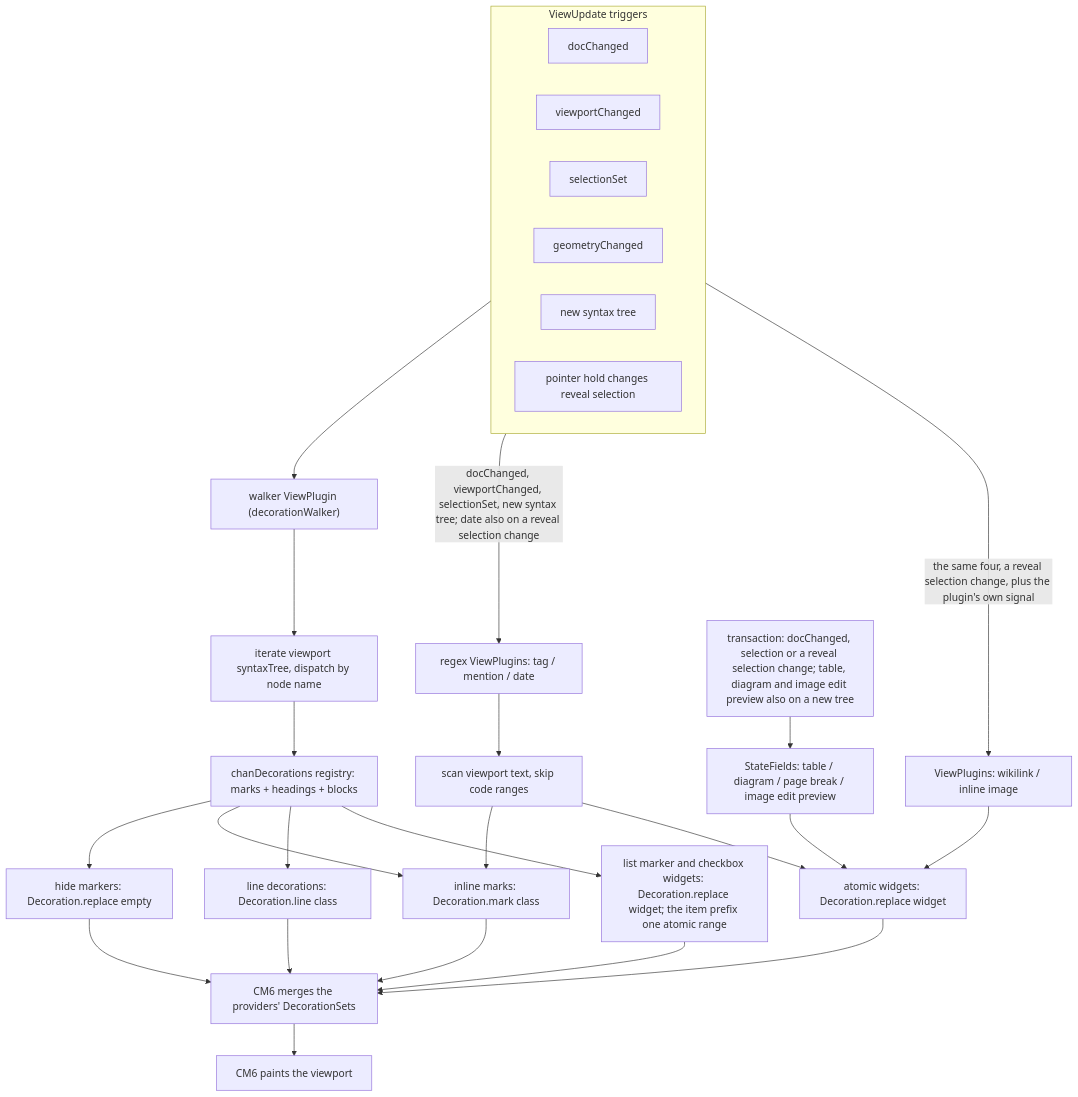
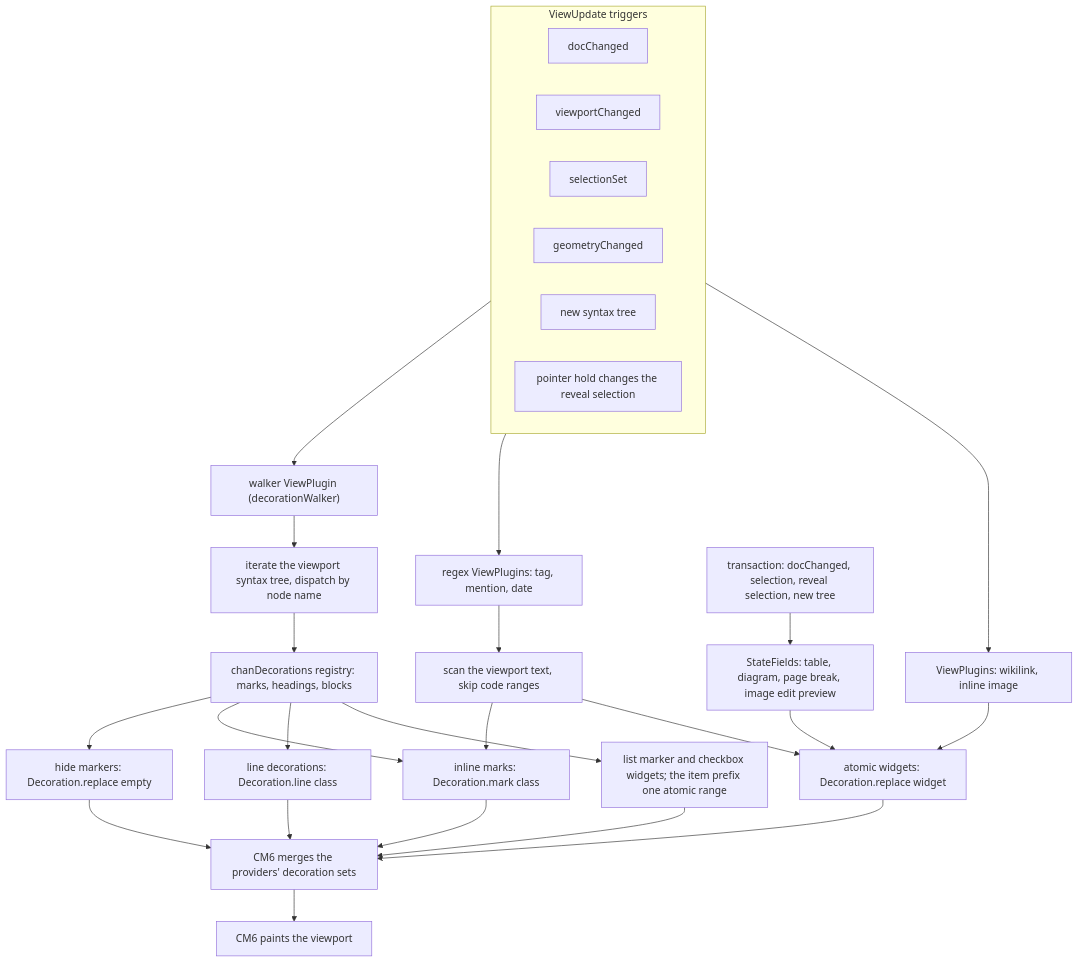
Before and after one commit to fiorix/chan: the first of 4 diagrams in web/packages/workspace-app/src/editor/design.md, drawn with Mermaid. The commit also changed other lines of this file and 17 other files, not shown here.

````diff
--- a/web/packages/workspace-app/src/editor/design.md
+++ b/web/packages/workspace-app/src/editor/design.md
@@ -54,33 +32,33 @@
 ```mermaid
 flowchart TD
   subgraph TRIG["ViewUpdate triggers"]
     direction LR
     T1["docChanged"]
     T2["viewportChanged"]
     T3["selectionSet"]
     T4["geometryChanged"]
     T5["new syntax tree"]
-    T6["pointer hold changes reveal selection"]
+    T6["pointer hold changes the reveal selection"]
   end
   TRIG --> Walker["walker ViewPlugin (decorationWalker)"]
-  Walker --> Iter["iterate viewport syntaxTree, dispatch by node name"]
-  Iter --> Reg["chanDecorations registry: marks + headings + blocks"]
+  Walker --> Iter["iterate the viewport syntax tree, dispatch by node name"]
+  Iter --> Reg["chanDecorations registry: marks, headings, blocks"]
   Reg --> K1["hide markers: Decoration.replace empty"]
   Reg --> K2["inline marks: Decoration.mark class"]
   Reg --> K3["line decorations: Decoration.line class"]
-  Reg --> K5["list marker and checkbox widgets: Decoration.replace widget; the item prefix one atomic range"]
-  TRIG -->|"docChanged, viewportChanged, selectionSet, new syntax tree; date also on a reveal selection change"| Regex["regex ViewPlugins: tag / mention / date"]
-  Regex --> Skip["scan viewport text, skip code ranges"]
+  Reg --> K5["list marker and checkbox widgets; the item prefix one atomic range"]
+  TRIG --> Regex["regex ViewPlugins: tag, mention, date"]
+  Regex --> Skip["scan the viewport text, skip code ranges"]
   Skip --> K2
   Skip --> K4["atomic widgets: Decoration.replace widget"]
-  TRIG -->|"the same four, a reveal selection change, plus the plugin's own signal"| Atoms["ViewPlugins: wikilink / inline image"]
+  TRIG --> Atoms["ViewPlugins: wikilink, inline image"]
   Atoms --> K4
-  TR["transaction: docChanged, selection or a reveal selection change; table, diagram and image edit preview also on a new tree"] --> Fields["StateFields: table / diagram / page break / image edit preview"]
+  TR["transaction: docChanged, selection, reveal selection, new tree"] --> Fields["StateFields: table, diagram, page break, image edit preview"]
   Fields --> K4
-  K1 --> Merge["CM6 merges the providers' DecorationSets"]
+  K1 --> Merge["CM6 merges the providers' decoration sets"]
   K2 --> Merge
   K3 --> Merge
   K4 --> Merge
   K5 --> Merge
   Merge --> Render["CM6 paints the viewport"]
 ```
````
